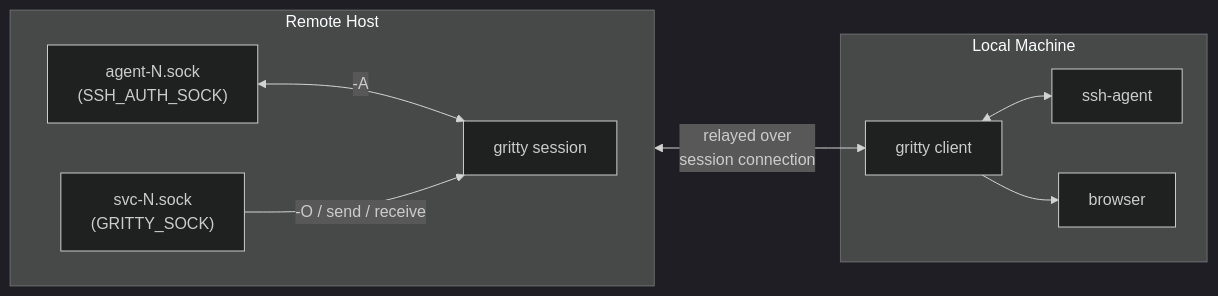
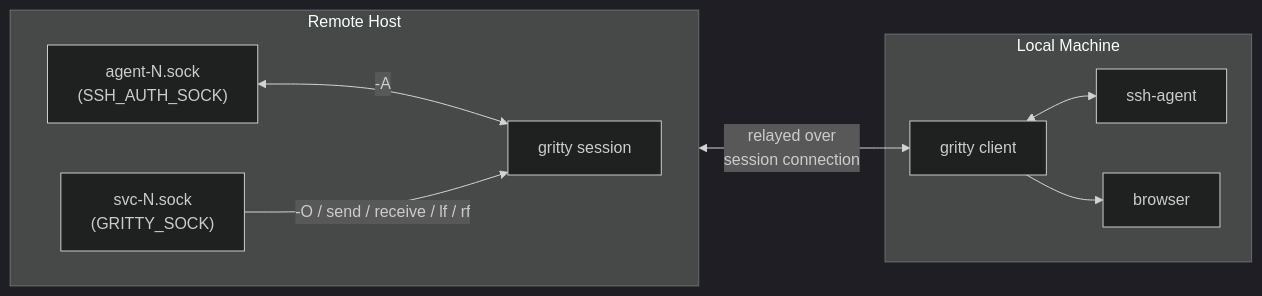
The third of 3 diagrams in README.md (chipturner/gritty), drawn with Mermaid (dark theme) before and after one commit. The commit also changed other lines of this file and 1 other file, not shown here.

````diff
--- a/README.md
+++ b/README.md
@@ -285,21 +287,21 @@
 ```mermaid
 flowchart LR
     subgraph remote["Remote Host"]
         direction LR
         agent_sock["agent-N.sock<br/>(SSH_AUTH_SOCK)"]
         svc_sock["svc-N.sock<br/>(GRITTY_SOCK)"]
         S["gritty session"]
         agent_sock <-->|"-A"| S
-        svc_sock -->|"-O / send / receive"| S
+        svc_sock -->|"-O / send / receive / lf / rf"| S
     end
 
     S <-->|"relayed over<br/>session connection"| C
 
     subgraph local["Local Machine"]
         C["gritty client"]
         ssh_agent["ssh-agent"]
         browser["browser"]
         C <--> ssh_agent
         C --> browser
     end
 ```
````
